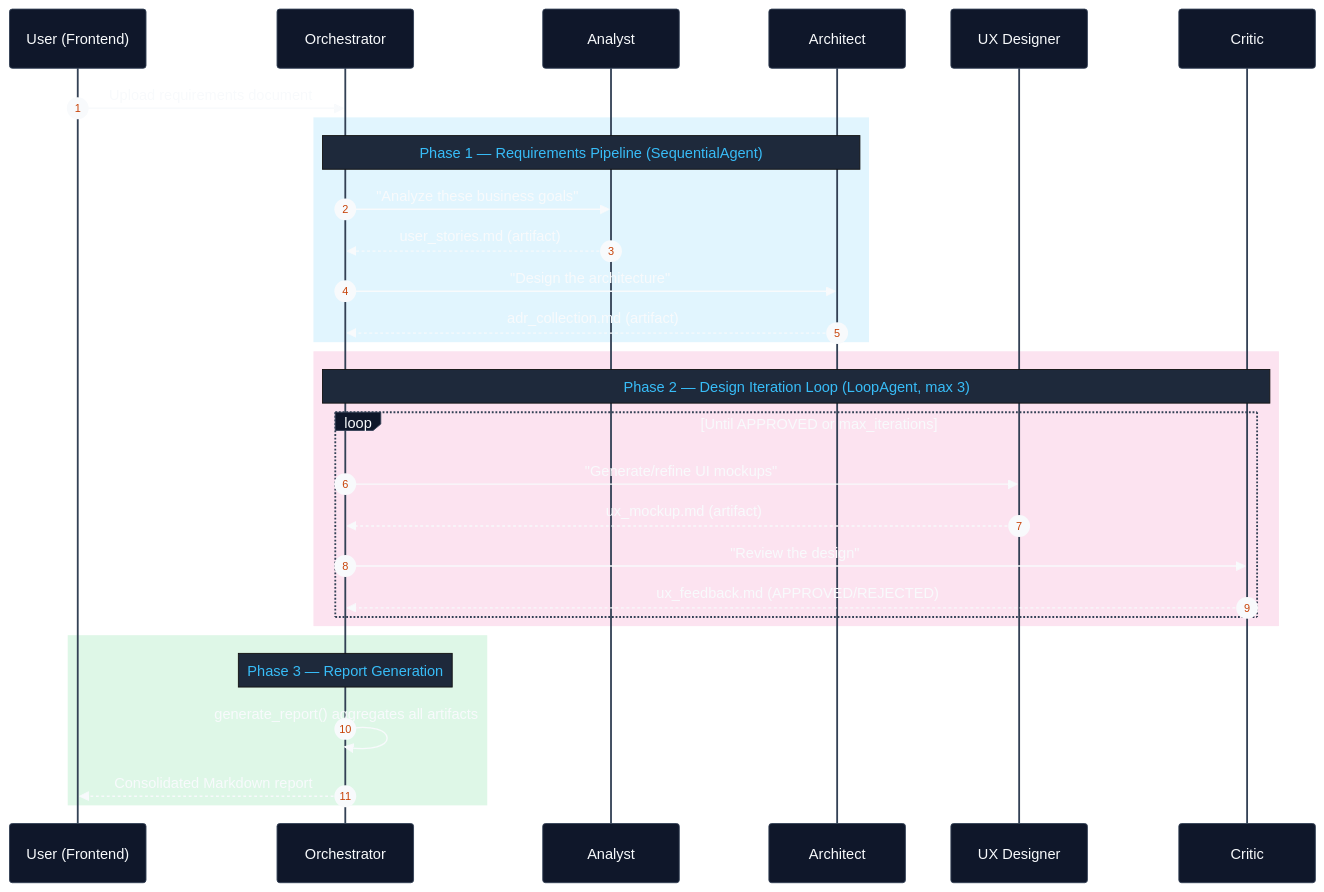
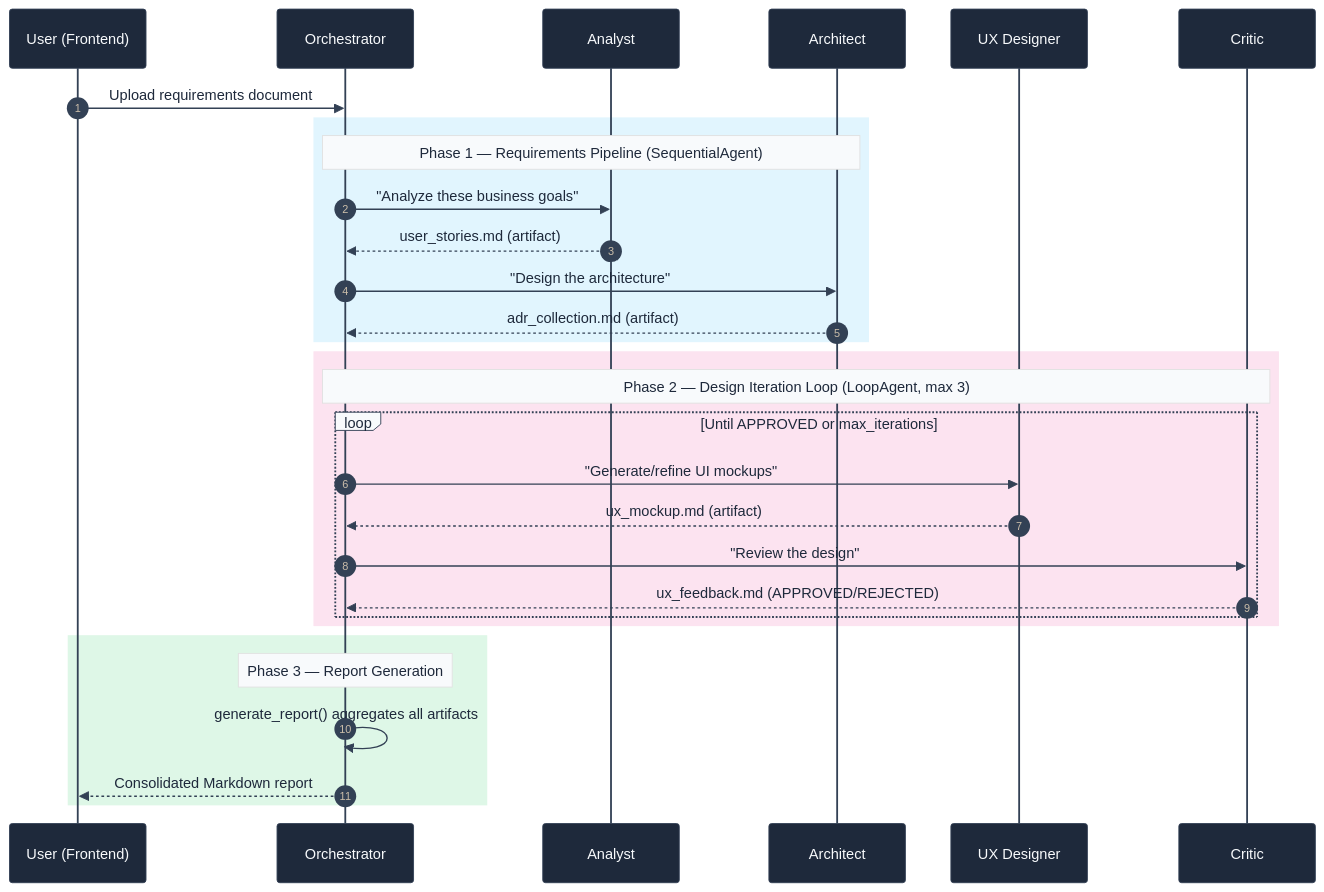
Before and after one commit to jggomez/multi-agents-product-architect-creator: the second of 3 diagrams in README.md, drawn with Mermaid. The commit also changed other lines of this file, not shown here.

Commit message:
docs: improve contrast of Mermaid diagrams in README for better visibility

````diff
--- a/README.md
+++ b/README.md
@@ -119,37 +120,37 @@
 ```mermaid
-%%{init: {'theme': 'base', 'themeVariables': { 'primaryColor': '#1e293b', 'primaryTextColor': '#f8fafc', 'primaryBorderColor': '#334155', 'lineColor': '#38bdf8', 'secondaryColor': '#0f172a', 'tertiaryColor': '#1e293b', 'noteBkgColor': '#1e293b', 'noteTextColor': '#38bdf8', 'actorBkg': '#0f172a', 'actorBorder': '#334155', 'actorTextColor': '#f8fafc' }}}%%
+%%{init: {'theme': 'base', 'themeVariables': { 'primaryColor': '#1e293b', 'primaryTextColor': '#f8fafc', 'primaryBorderColor': '#334155', 'lineColor': '#334155', 'secondaryColor': '#0f172a', 'tertiaryColor': '#1e293b', 'noteBkgColor': '#f8fafc', 'noteTextColor': '#1e293b', 'actorBkg': '#1e293b', 'actorBorder': '#334155', 'actorTextColor': '#f8fafc', 'signalColor': '#334155', 'signalTextColor': '#1e293b', 'labelBoxBkgColor': '#f8fafc', 'labelBoxBorderColor': '#334155', 'labelTextColor': '#1e293b', 'loopTextColor': '#1e293b' }}}%%
 sequenceDiagram
     autonumber
     participant U as User (Frontend)
     participant O as Orchestrator
     participant AN as Analyst
     participant AR as Architect
     participant UX as UX Designer
     participant CR as Critic
 
     U->>O: Upload requirements document
     
     rect rgba(56, 189, 248, 0.15)
         Note over O,AR: Phase 1 — Requirements Pipeline (SequentialAgent)
         O->>AN: "Analyze these business goals"
         AN-->>O: user_stories.md (artifact)
         O->>AR: "Design the architecture"
         AR-->>O: adr_collection.md (artifact)
     end
     
     rect rgba(236, 72, 153, 0.15)
         Note over O,CR: Phase 2 — Design Iteration Loop (LoopAgent, max 3)
         loop Until APPROVED or max_iterations
             O->>UX: "Generate/refine UI mockups"
             UX-->>O: ux_mockup.md (artifact)
             O->>CR: "Review the design"
             CR-->>O: ux_feedback.md (APPROVED/REJECTED)
         end
     end
 
     rect rgba(34, 197, 94, 0.15)
         Note over O: Phase 3 — Report Generation
         O->>O: generate_report() aggregates all artifacts
         O-->>U: Consolidated Markdown report
     end
 ```
````
